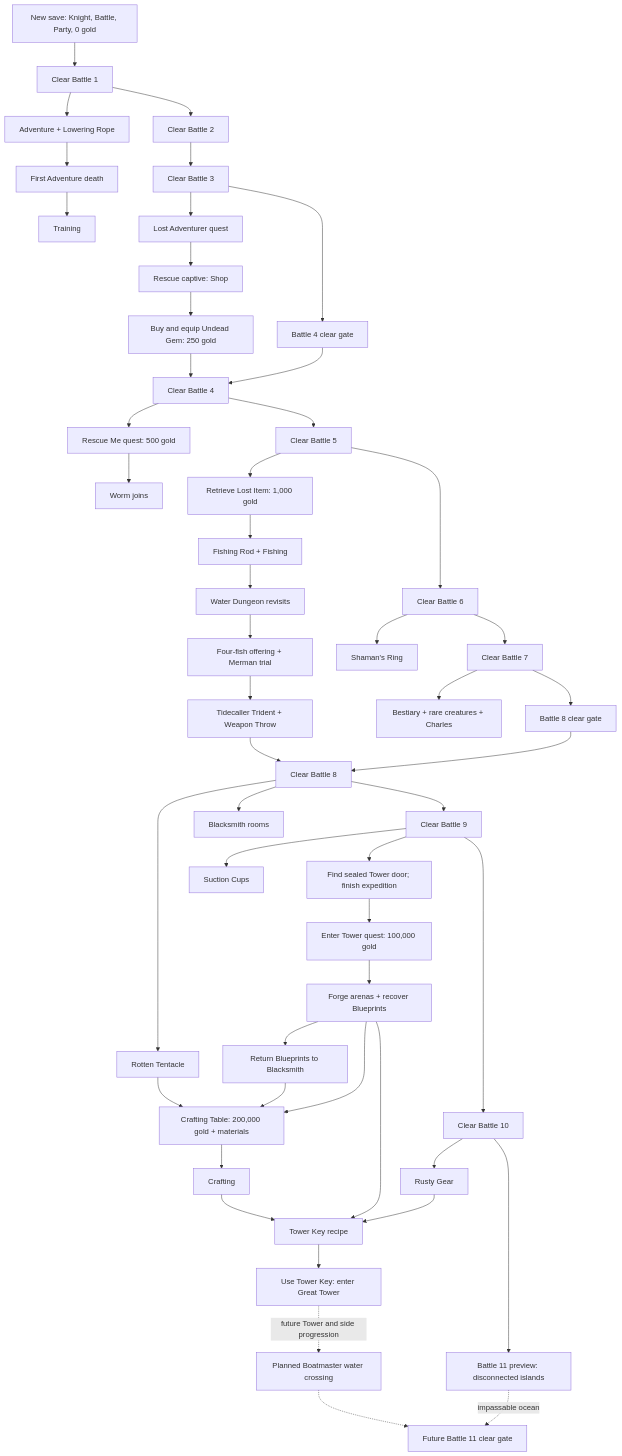
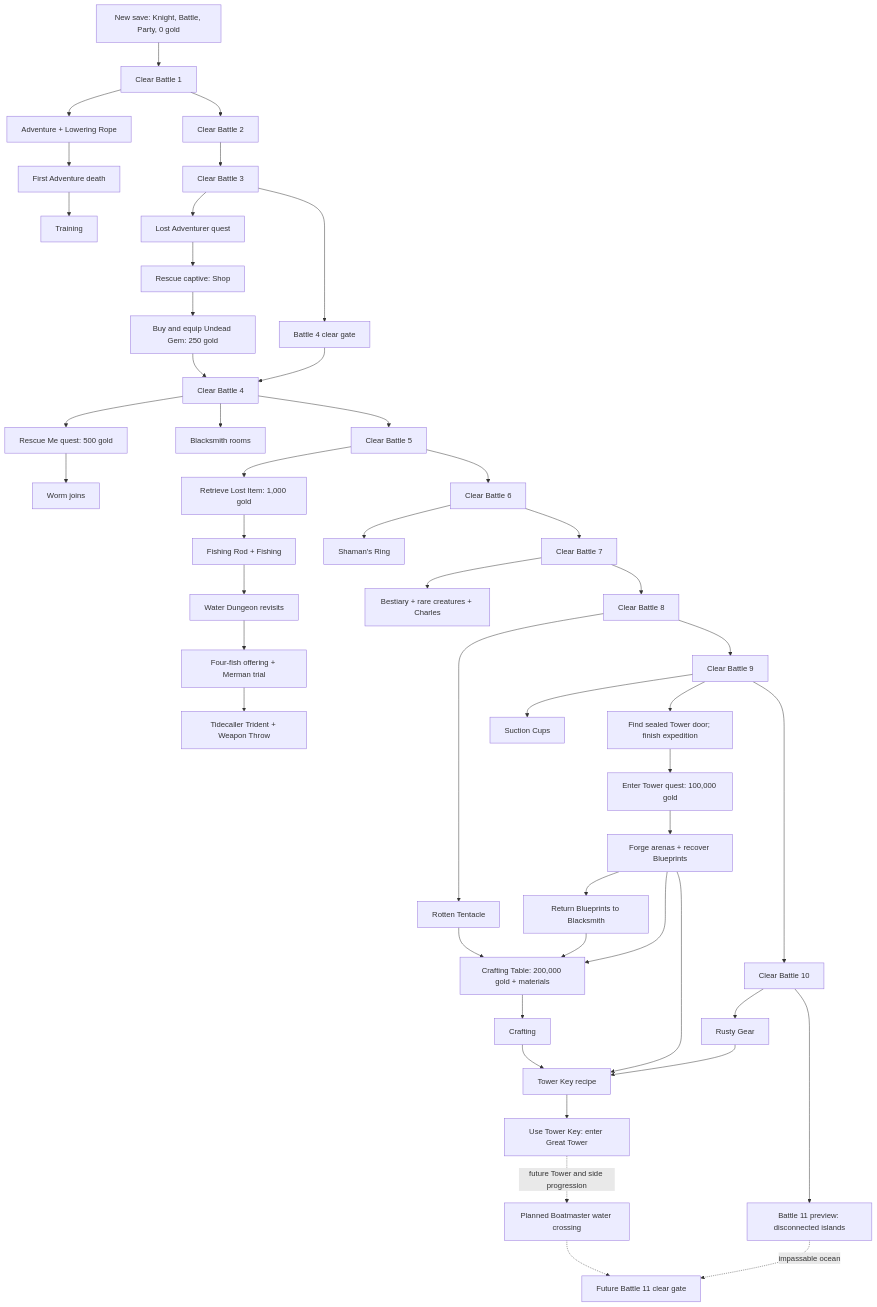
The diagram in docs/PROGRESSION_TREE.md (JWKNT/ndb-idle), drawn with Mermaid before and after one commit. The commit also changed other lines of this file and 42 other files, not shown here.

````diff
--- a/docs/PROGRESSION_TREE.md
+++ b/docs/PROGRESSION_TREE.md
@@ -25,52 +25,50 @@
 ```mermaid
 flowchart TD
   New[New save: Knight, Battle, Party, 0 gold] --> B1[Clear Battle 1]
   B1 --> Adventure[Adventure + Lowering Rope]
   B1 --> B2[Clear Battle 2]
   Adventure --> Death[First Adventure death]
   Death --> Training[Training]
   B2 --> B3[Clear Battle 3]
   B3 --> Lost[Lost Adventurer quest]
   Lost --> Shop[Rescue captive: Shop]
   Shop --> Gem[Buy and equip Undead Gem: 250 gold]
   B3 --> B4A[Battle 4 clear gate]
   Gem --> B4[Clear Battle 4]
   B4A --> B4
   B4 --> Rescue[Rescue Me quest: 500 gold]
   Rescue --> Worm[Worm joins]
+  B4 --> Smith[Blacksmith rooms]
   B4 --> B5[Clear Battle 5]
   B5 --> RodQuest[Retrieve Lost Item: 1,000 gold]
   RodQuest --> Rod[Fishing Rod + Fishing]
   Rod --> Water[Water Dungeon revisits]
   Water --> Shrine[Four-fish offering + Merman trial]
   Shrine --> Trident[Tidecaller Trident + Weapon Throw]
   B5 --> B6[Clear Battle 6]
   B6 --> Ring[Shaman's Ring]
   B6 --> B7[Clear Battle 7]
   B7 --> Bestiary[Bestiary + rare creatures + Charles]
-  B7 --> B8A[Battle 8 clear gate]
-  Trident --> B8[Clear Battle 8]
-  B8A --> B8
+  B7 --> B8[Clear Battle 8]
   B8 --> Tentacle[Rotten Tentacle]
-  B8 --> Smith[Blacksmith rooms]
   B8 --> B9[Clear Battle 9]
   B9 --> Cups[Suction Cups]
   B9 --> TowerDoor[Find sealed Tower door; finish expedition]
   TowerDoor --> TowerQuest[Enter Tower quest: 100,000 gold]
   TowerQuest --> Forge[Forge arenas + recover Blueprints]
   Forge --> Deliver[Return Blueprints to Blacksmith]
   Deliver --> Table[Crafting Table: 200,000 gold + materials]
   Table --> Crafting[Crafting]
   B9 --> B10[Clear Battle 10]
   B10 --> Gear[Rusty Gear]
   B10 --> B11Preview[Battle 11 preview: disconnected islands]
   Tentacle --> Table
   Forge --> Table
   Crafting --> Key[Tower Key recipe]
   Gear --> Key
   Forge --> Key
   Key --> End[Use Tower Key: enter Great Tower]
   End -. future Tower and side progression .-> Boatmaster[Planned Boatmaster water crossing]
   B11Preview -. impassable ocean .-> B11Gate[Future Battle 11 clear gate]
   Boatmaster -.-> B11Gate
 ```
````
